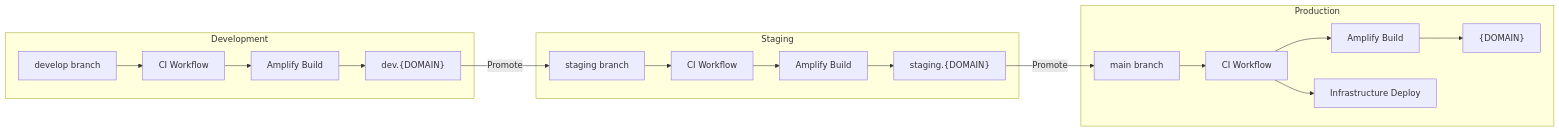
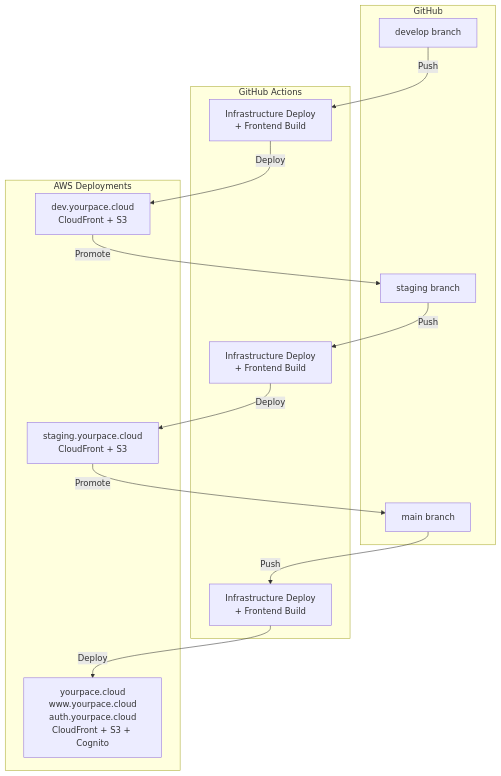
The third of 4 diagrams in README.md (DigiAye/yourpace), drawn with Mermaid before and after one commit. The commit also changed other lines of this file and 16 other files, not shown here.

````diff
--- a/README.md
+++ b/README.md
@@ -86,33 +115,31 @@
 ```mermaid
-graph LR
-    subgraph "Development"
+graph TB
+    subgraph "GitHub"
         Dev["develop branch"]
-        DevCI["CI Workflow"]
-        DevAmp["Amplify Build"]
-        DevDeploy["dev.{DOMAIN}"]
+        Stg["staging branch"]
+        Main["main branch"]
     end
     
-    subgraph "Staging"
-        Stg["staging branch"]
-        StgCI["CI Workflow"]
-        StgAmp["Amplify Build"]
-        StgDeploy["staging.{DOMAIN}"]
+    subgraph "GitHub Actions"
+        DevCI["Infrastructure Deploy<br/>+ Frontend Build"]
+        StgCI["Infrastructure Deploy<br/>+ Frontend Build"]
+        ProdCI["Infrastructure Deploy<br/>+ Frontend Build"]
     end
     
-    subgraph "Production"
-        Prod["main branch"]
-        ProdCI["CI Workflow"]
-        ProdAmp["Amplify Build"]
-        ProdInfra["Infrastructure Deploy"]
-        ProdDeploy["{DOMAIN}"]
+    subgraph "AWS Deployments"
+        DevDeploy["dev.yourpace.cloud<br/>CloudFront + S3"]
+        StgDeploy["staging.yourpace.cloud<br/>CloudFront + S3"]
+        ProdDeploy["yourpace.cloud<br/>www.yourpace.cloud<br/>auth.yourpace.cloud<br/>CloudFront + S3 + Cognito"]
     end
     
-    Dev --> DevCI --> DevAmp --> DevDeploy
+    Dev -->|Push| DevCI
+    Stg -->|Push| StgCI
+    Main -->|Push| ProdCI
+    
+    DevCI -->|Deploy| DevDeploy
+    StgCI -->|Deploy| StgDeploy
+    ProdCI -->|Deploy| ProdDeploy
     
     DevDeploy -->|Promote| Stg
-    Stg --> StgCI --> StgAmp --> StgDeploy
-    
-    StgDeploy -->|Promote| Prod
-    Prod --> ProdCI --> ProdAmp --> ProdDeploy
-    ProdCI --> ProdInfra
+    StgDeploy -->|Promote| Main
 ```
````
